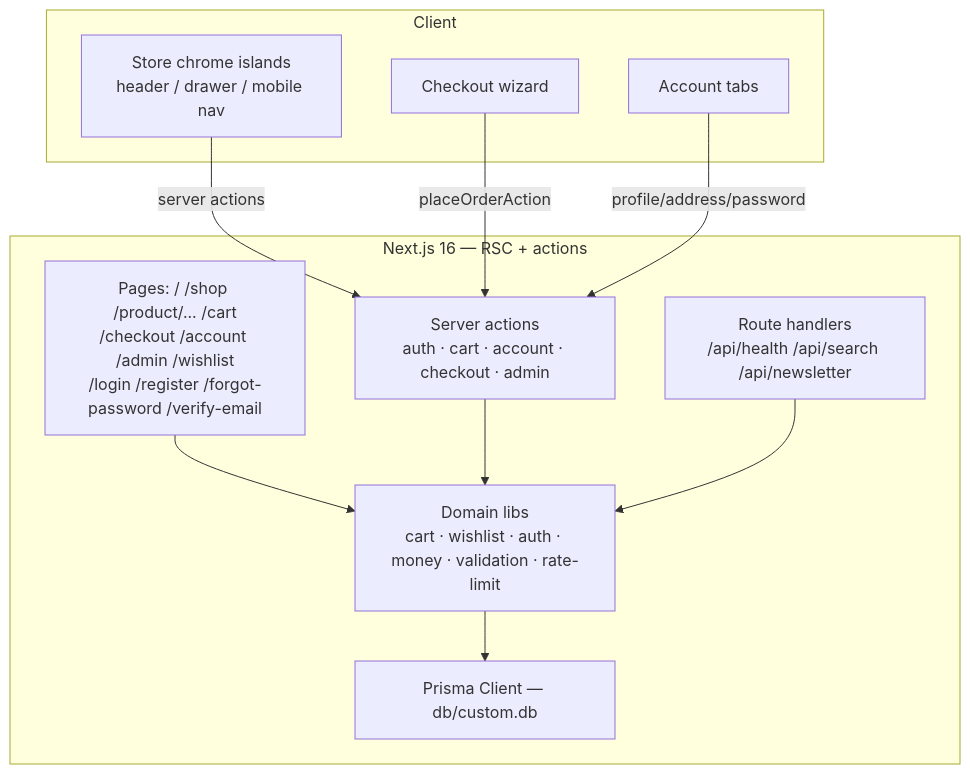
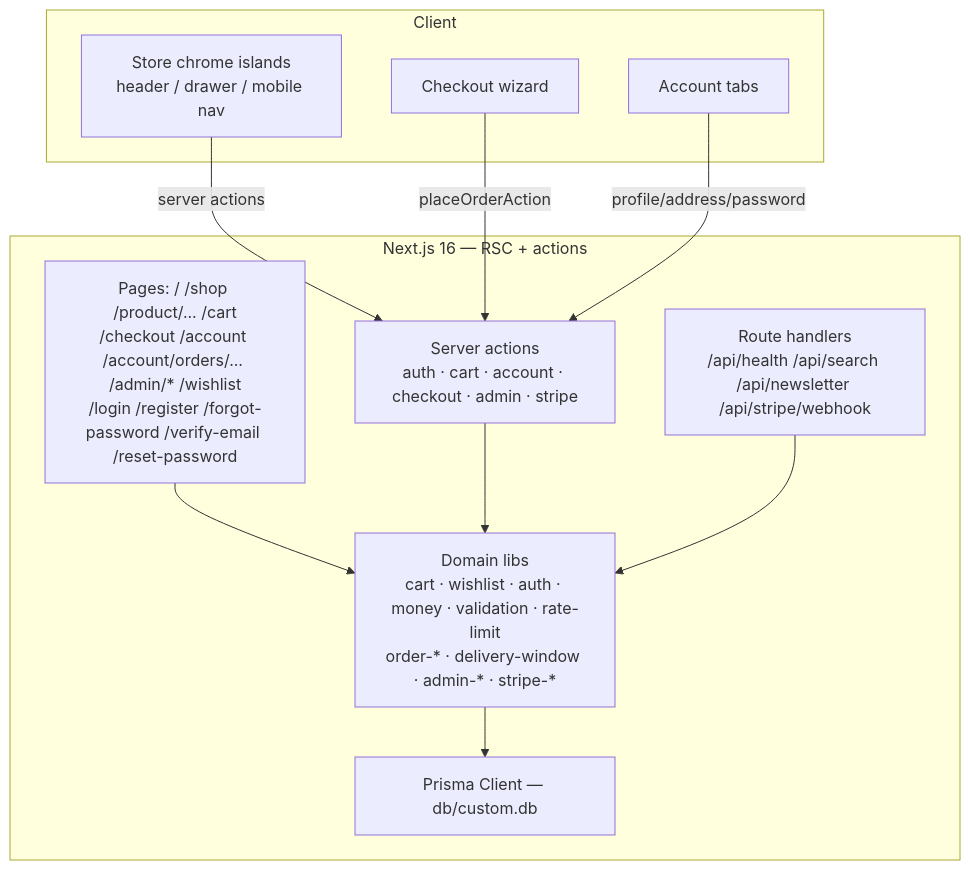
The diagram in README.md (nordeim/ecommerce-store), drawn with Mermaid before and after one commit. The commit also changed other lines of this file and 22 other files, not shown here.

````diff
--- a/README.md
+++ b/README.md
@@ -57,22 +57,22 @@
 ```mermaid
 flowchart TB
     subgraph Client
         UI[Store chrome islands<br/>header / drawer / mobile nav]
         CO[Checkout wizard]
         AT[Account tabs]
     end
     subgraph NextApp[Next.js 16 — RSC + actions]
-        PAGES[Pages: / /shop /product/... /cart<br/>/checkout /account /admin /wishlist<br/>/login /register /forgot-password /verify-email]
-        ACTIONS[Server actions<br/>auth · cart · account · checkout · admin]
-        RH[Route handlers<br/>/api/health /api/search /api/newsletter]
-        LIB[Domain libs<br/>cart · wishlist · auth · money · validation · rate-limit]
+        PAGES[Pages: / /shop /product/... /cart<br/>/checkout /account /account/orders/... /admin/* /wishlist<br/>/login /register /forgot-password /verify-email /reset-password]
+        ACTIONS[Server actions<br/>auth · cart · account · checkout · admin · stripe]
+        RH[Route handlers<br/>/api/health /api/search /api/newsletter /api/stripe/webhook]
+        LIB[Domain libs<br/>cart · wishlist · auth · money · validation · rate-limit<br/>order-* · delivery-window · admin-* · stripe-*]
         PRISMA[Prisma Client — db/custom.db]
     end
     UI -->|server actions| ACTIONS
     CO -->|placeOrderAction| ACTIONS
     AT -->|profile/address/password| ACTIONS
     PAGES --> LIB
     ACTIONS --> LIB
     RH --> LIB
     LIB --> PRISMA
 ```
````
